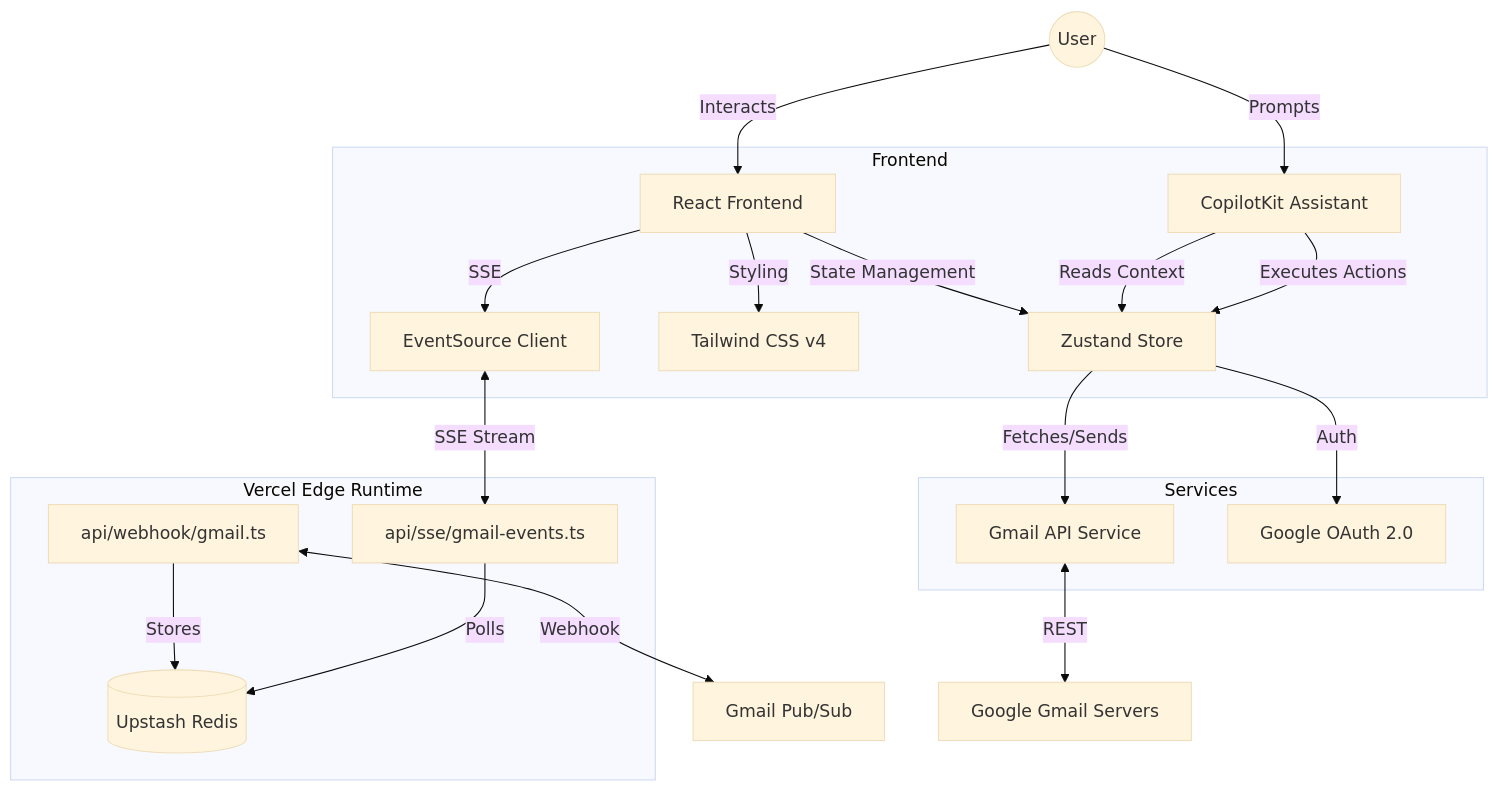
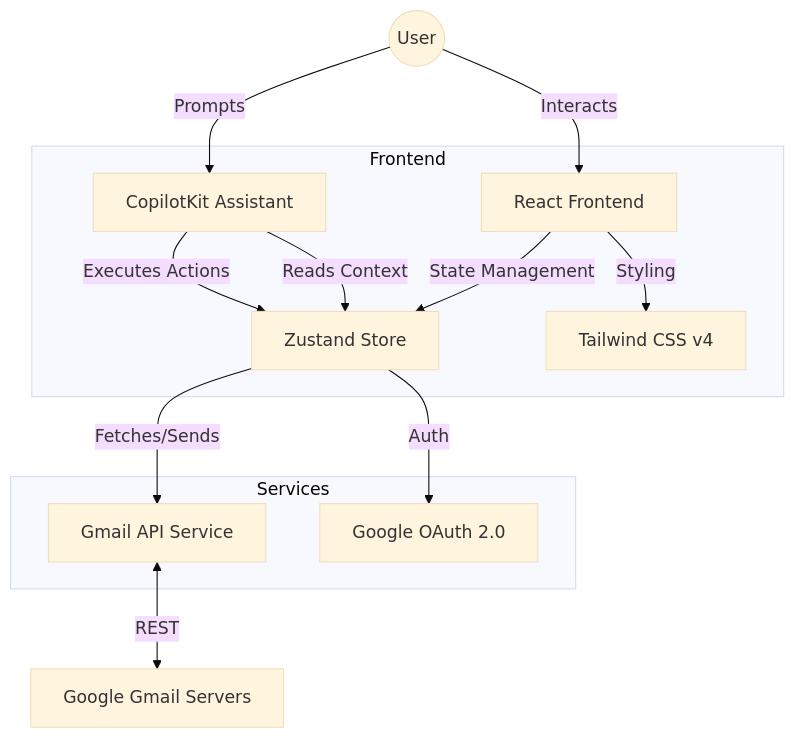
Before and after one commit to krockxz/MailFlowAI: the diagram in README.md, drawn with Mermaid (base theme). The commit also changed other lines of this file and 23 other files, not shown here.

````diff
--- a/README.md
+++ b/README.md
@@ -12,29 +12,19 @@
 ```mermaid
 graph TD
     User((User)) -->|Interacts| UI[React Frontend]
     User -->|Prompts| AI[CopilotKit Assistant]
 
     subgraph Frontend
         UI -->|State Management| Store[Zustand Store]
         UI -->|Styling| TW[Tailwind CSS v4]
         AI -->|Reads Context| Store
         AI -->|Executes Actions| Store
-        UI -->|SSE| SSE[EventSource Client]
-    end
-
-    subgraph "Vercel Edge Runtime"
-        Webhook[api/webhook/gmail.ts]
-        SSEEP[api/sse/gmail-events.ts]
-        Webhook -->|Stores| Redis[(Upstash Redis)]
-        SSEEP -->|Polls| Redis
     end
 
     subgraph Services
         Store -->|Fetches/Sends| API[Gmail API Service]
         Store -->|Auth| Auth[Google OAuth 2.0]
     end
 
-    SSE <-->|SSE Stream| SSEEP
-    Webhook <-->|Webhook| GmailPubSub[Gmail Pub/Sub]
     API <-->|REST| Gmail[Google Gmail Servers]
 ```
````
